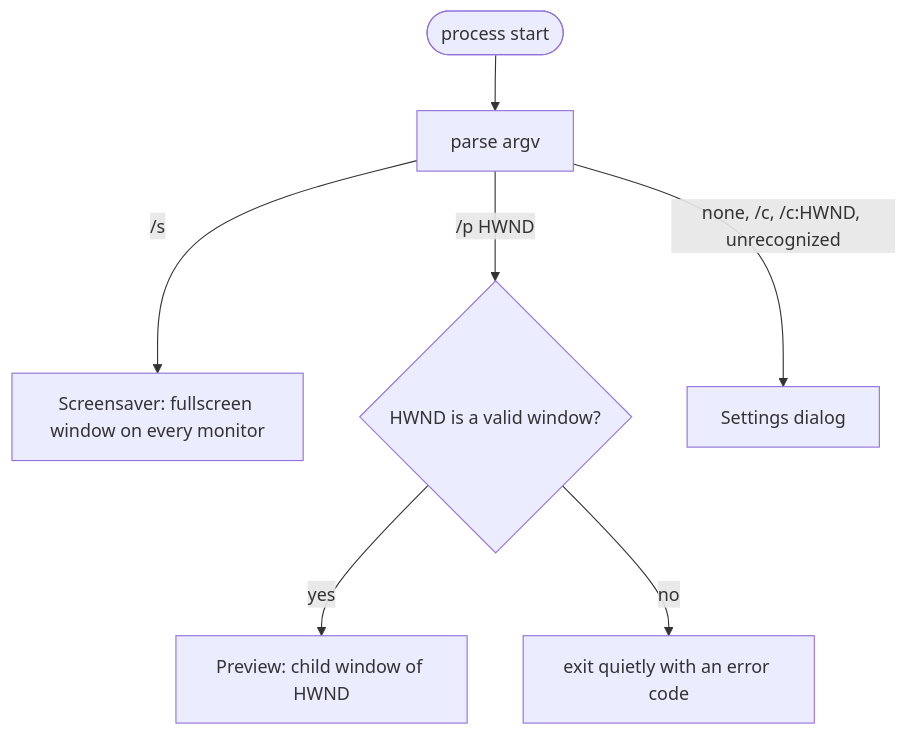
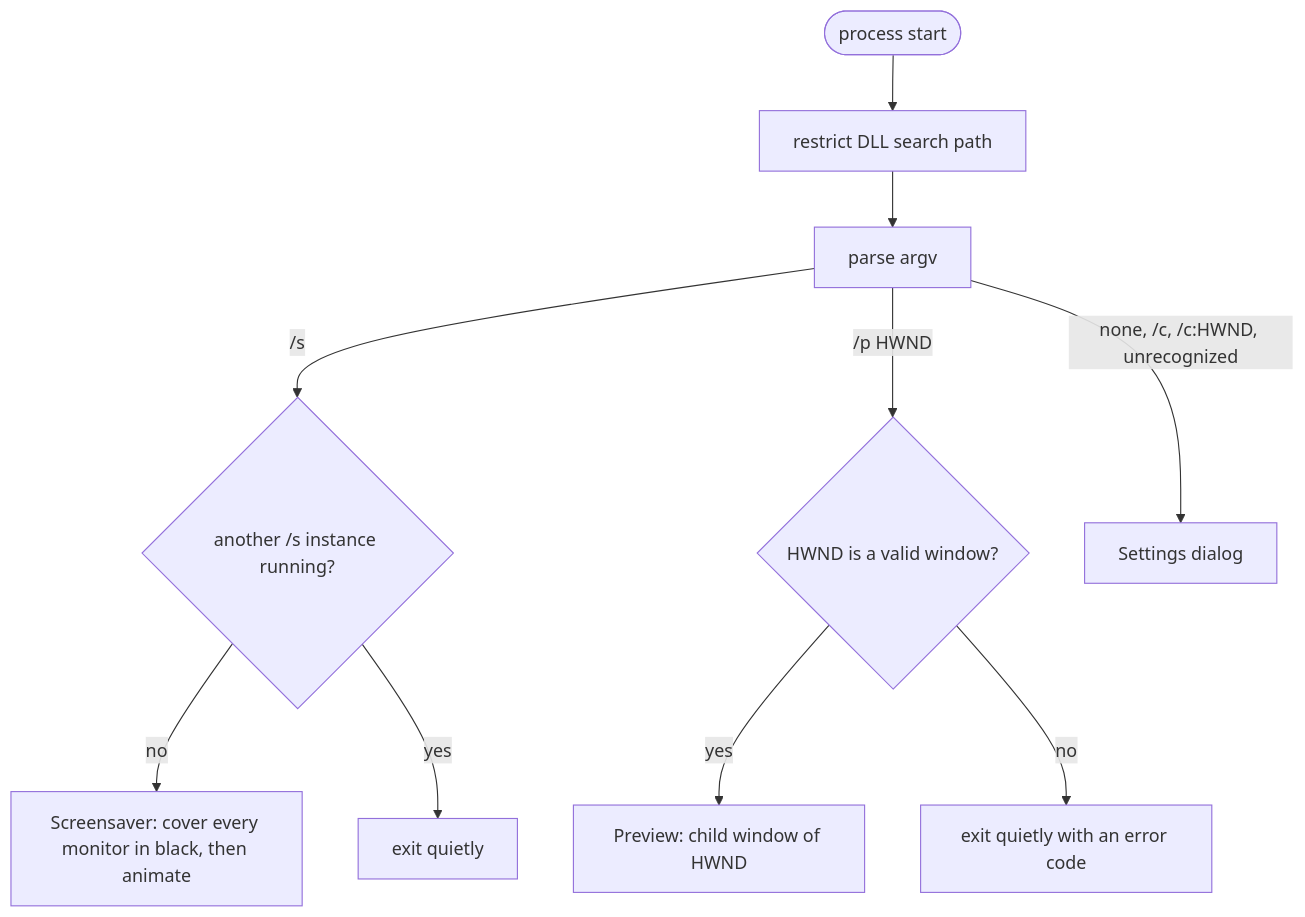
One commit to suchi/flying-microwave changed the second of 3 diagrams in docs/design/architecture.md. Above: the diagram before and after it, drawn with Mermaid. The commit also changed other lines of this file and 6 other files, not shown here.

````diff
--- a/docs/design/architecture.md
+++ b/docs/design/architecture.md
@@ -69,9 +79,12 @@
 ```mermaid
 flowchart TD
-    start(["process start"]) --> parse["parse argv"]
-    parse -->|"/s"| saver["Screensaver: fullscreen window on every monitor"]
+    start(["process start"]) --> harden["restrict DLL search path"]
+    harden --> parse["parse argv"]
+    parse -->|"/s"| single{"another /s instance running?"}
+    single -->|"no"| saver["Screensaver: cover every monitor in black, then animate"]
+    single -->|"yes"| quit1["exit quietly"]
     parse -->|"/p HWND"| valid{"HWND is a valid window?"}
     valid -->|"yes"| preview["Preview: child window of HWND"]
-    valid -->|"no"| quit["exit quietly with an error code"]
+    valid -->|"no"| quit2["exit quietly with an error code"]
     parse -->|"none, /c, /c:HWND, unrecognized"| settings["Settings dialog"]
 ```
````
